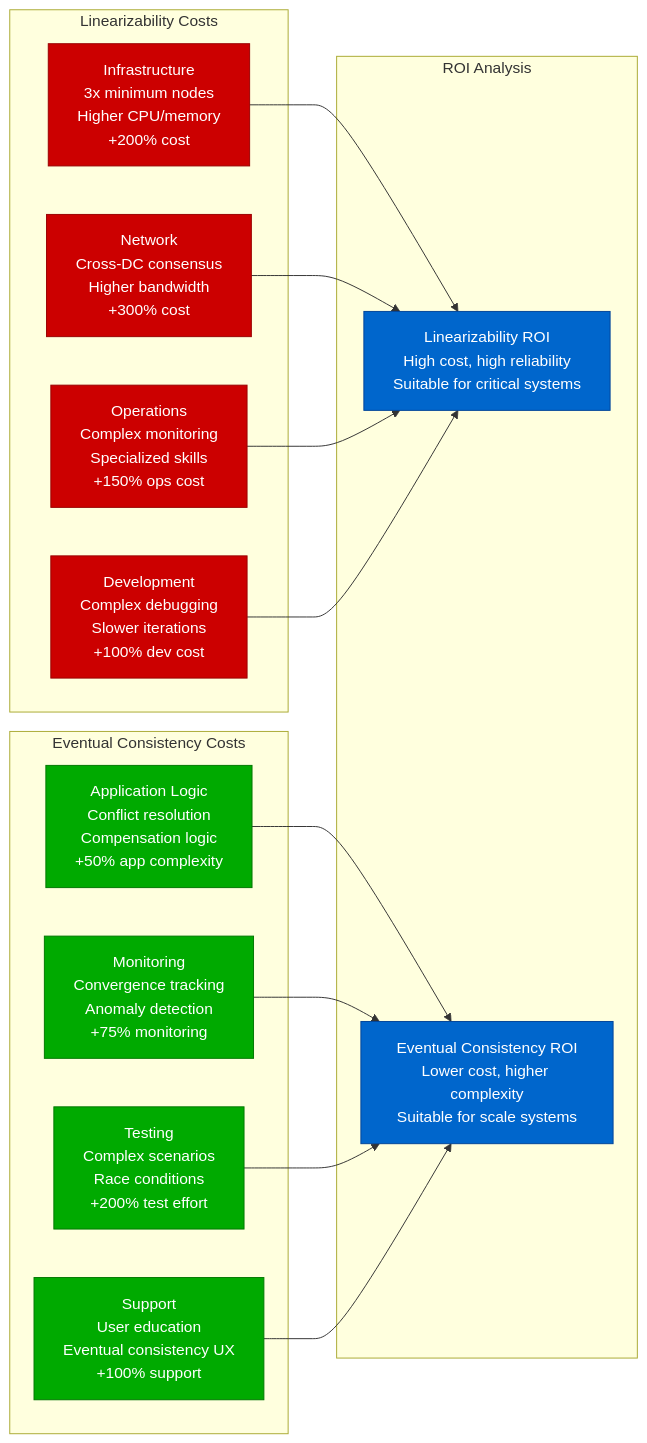
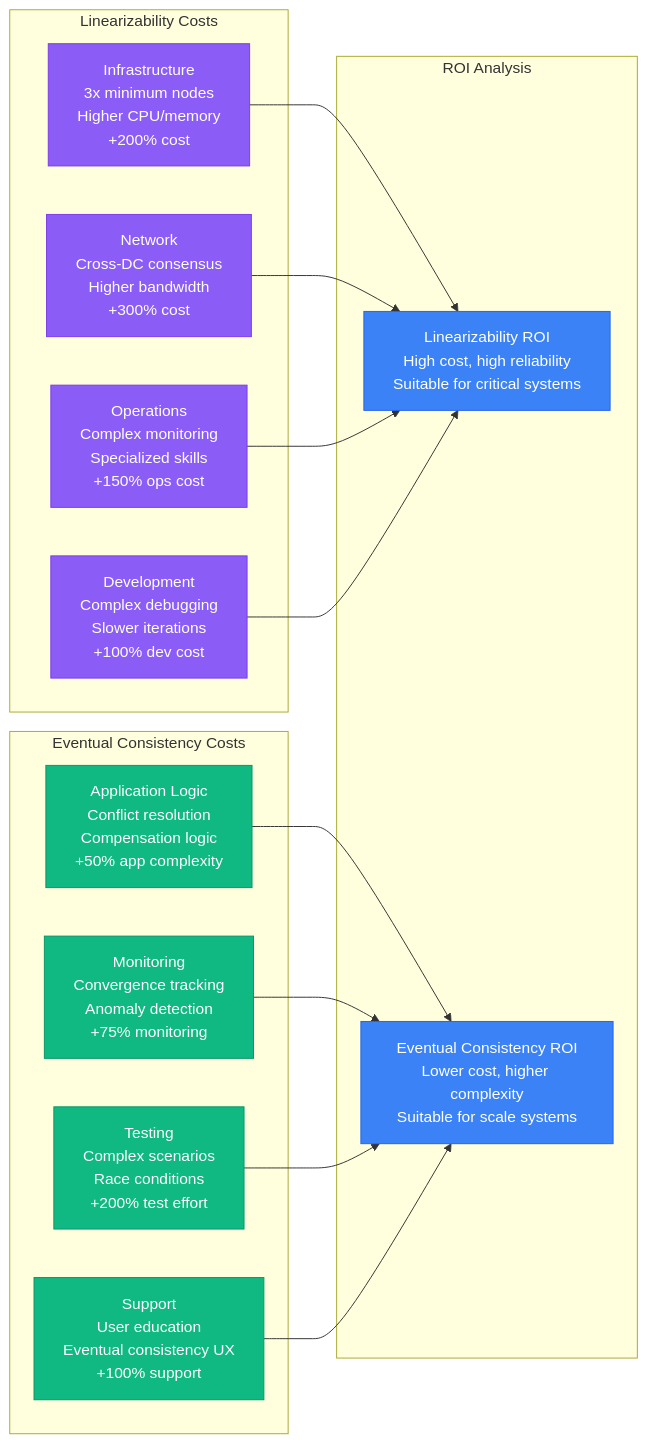
The eighth of 11 diagrams in site/docs/guarantees/linearizability/linearizability-tradeoffs.md (deepaucksharma/DS), drawn with Mermaid before and after one commit. The commit also changed other lines of this file and 303 other files, not shown here.

````diff
--- a/site/docs/guarantees/linearizability/linearizability-tradeoffs.md
+++ b/site/docs/guarantees/linearizability/linearizability-tradeoffs.md
@@ -315,39 +315,39 @@
 ```mermaid
 graph LR
     subgraph LinearizabilityCosts[Linearizability Costs]
         LC1[Infrastructure<br/>3x minimum nodes<br/>Higher CPU/memory<br/>+200% cost]
         LC2[Network<br/>Cross-DC consensus<br/>Higher bandwidth<br/>+300% cost]
         LC3[Operations<br/>Complex monitoring<br/>Specialized skills<br/>+150% ops cost]
         LC4[Development<br/>Complex debugging<br/>Slower iterations<br/>+100% dev cost]
     end
 
     subgraph EventualConsistencyCosts[Eventual Consistency Costs]
         EC1[Application Logic<br/>Conflict resolution<br/>Compensation logic<br/>+50% app complexity]
         EC2[Monitoring<br/>Convergence tracking<br/>Anomaly detection<br/>+75% monitoring]
         EC3[Testing<br/>Complex scenarios<br/>Race conditions<br/>+200% test effort]
         EC4[Support<br/>User education<br/>Eventual consistency UX<br/>+100% support]
     end
 
     subgraph ROIAnalysis[ROI Analysis]
         ROI1[Linearizability ROI<br/>High cost, high reliability<br/>Suitable for critical systems]
         ROI2[Eventual Consistency ROI<br/>Lower cost, higher complexity<br/>Suitable for scale systems]
     end
 
     LC1 --> ROI1
     LC2 --> ROI1
     LC3 --> ROI1
     LC4 --> ROI1
 
     EC1 --> ROI2
     EC2 --> ROI2
     EC3 --> ROI2
     EC4 --> ROI2
 
-    classDef linearCostStyle fill:#CC0000,stroke:#990000,color:#fff
-    classDef eventualCostStyle fill:#00AA00,stroke:#007700,color:#fff
-    classDef roiStyle fill:#0066CC,stroke:#004499,color:#fff
+    classDef linearCostStyle fill:#8B5CF6,stroke:#7C3AED,color:#fff
+    classDef eventualCostStyle fill:#10B981,stroke:#059669,color:#fff
+    classDef roiStyle fill:#3B82F6,stroke:#2563EB,color:#fff
 
     class LC1,LC2,LC3,LC4 linearCostStyle
     class EC1,EC2,EC3,EC4 eventualCostStyle
     class ROI1,ROI2 roiStyle
 ```
````
